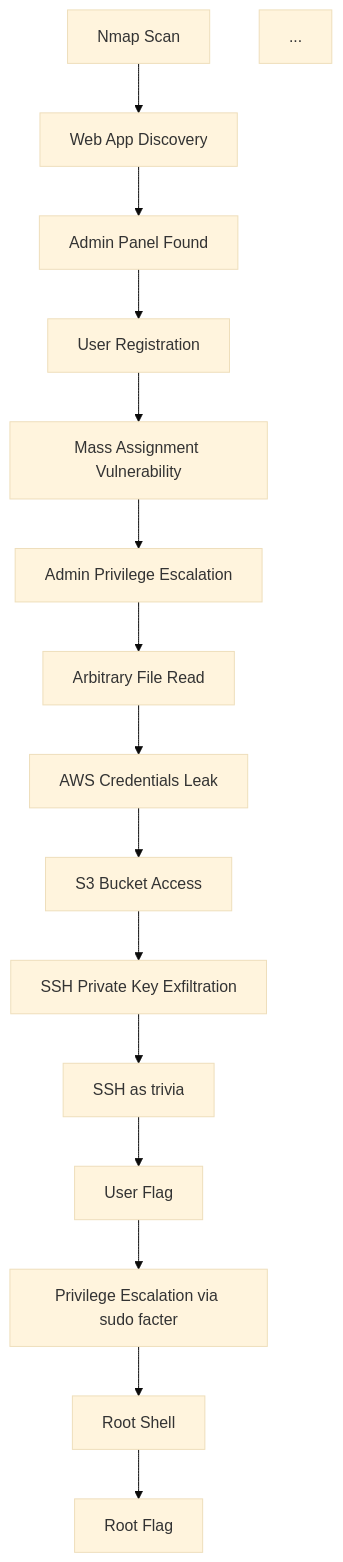
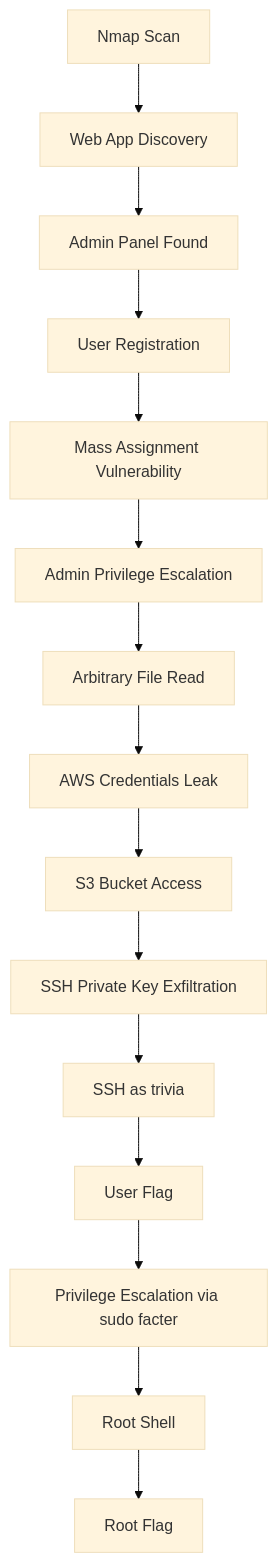
One commit to Costabo1/costabo1.github.io changed the first of 3 diagrams in facts/index.md. Above: the diagram before and after it, drawn with Mermaid (base theme).

````diff
--- a/facts/index.md
+++ b/facts/index.md
@@ -16,18 +16,18 @@
 ```mermaid
 flowchart TD
     A[Nmap Scan] --> B[Web App Discovery]
     B --> C[Admin Panel Found]
     C --> D[User Registration]
     D --> E[Mass Assignment Vulnerability]
     E --> F[Admin Privilege Escalation]
     F --> G[Arbitrary File Read]
     G --> H[AWS Credentials Leak]
     H --> I[S3 Bucket Access]
     I --> J[SSH Private Key Exfiltration]
     J --> K[SSH as trivia]
     K --> L[User Flag]
     L --> M[Privilege Escalation via sudo facter]
     M --> N[Root Shell]
     N --> O[Root Flag]
-   ...
+   
 ```
````
